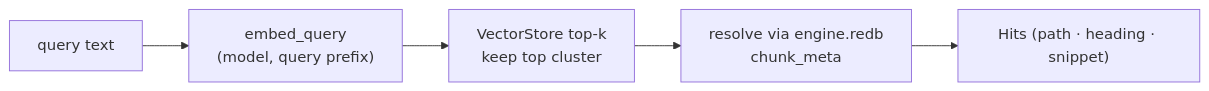
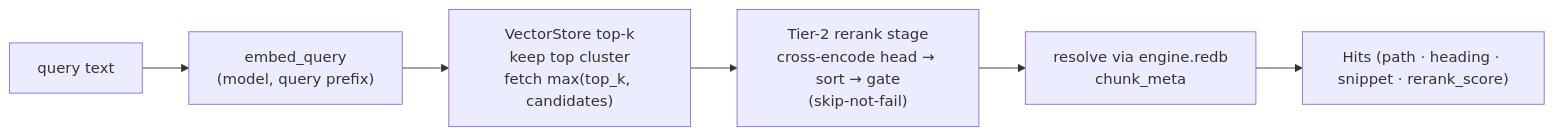
One commit to onebrain-ai/onebrain-cli changed the sixth of 8 diagrams in docs/architecture/search.md. Above: the diagram before and after it, drawn with Mermaid. The commit also changed other lines of this file and 9 other files, not shown here.

````diff
--- a/docs/architecture/search.md
+++ b/docs/architecture/search.md
@@ -360,4 +399,4 @@
 ```mermaid
 flowchart LR
-    Q["query text"] --> E["embed_query<br/>(model, query prefix)"] --> V["VectorStore top-k<br/>keep top cluster"] --> M["resolve via engine.redb<br/>chunk_meta"] --> H["Hits (path · heading · snippet)"]
+    Q["query text"] --> E["embed_query<br/>(model, query prefix)"] --> V["VectorStore top-k<br/>keep top cluster<br/>fetch max(top_k, candidates)"] --> RR["Tier-2 rerank stage<br/>cross-encode head → sort → gate<br/>(skip-not-fail)"] --> M["resolve via engine.redb<br/>chunk_meta"] --> H["Hits (path · heading · snippet · rerank_score)"]
 ```
````
